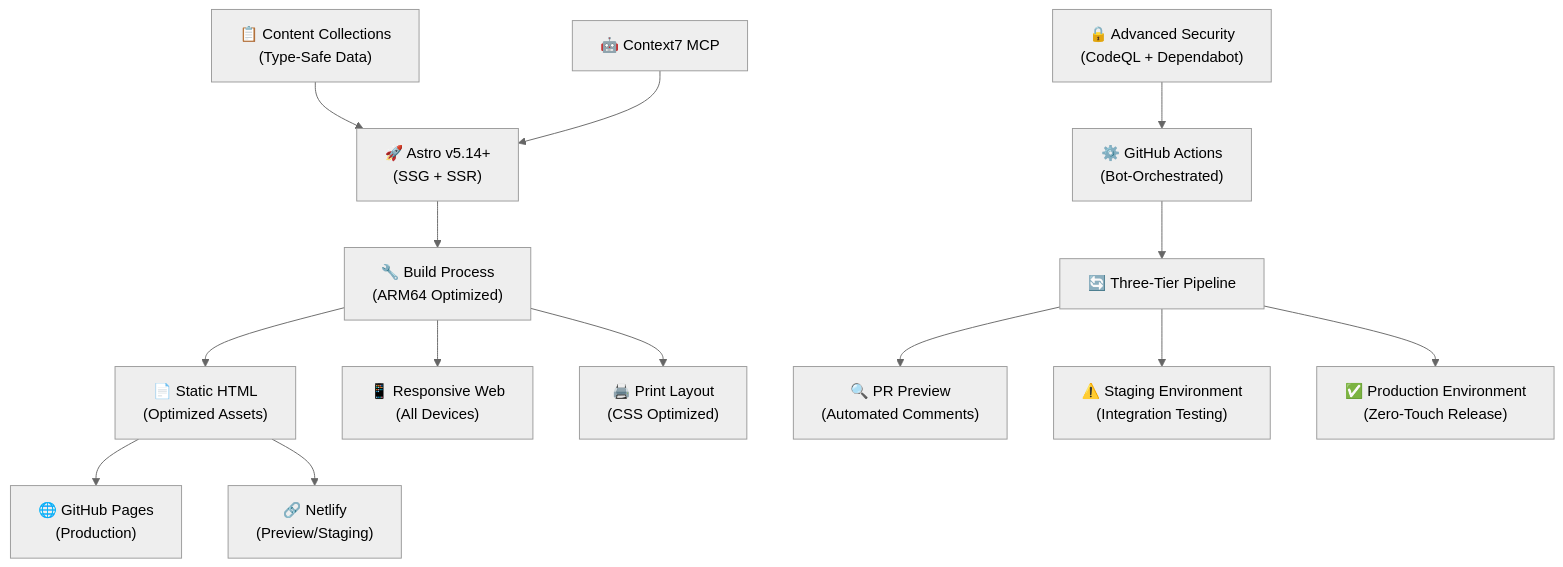
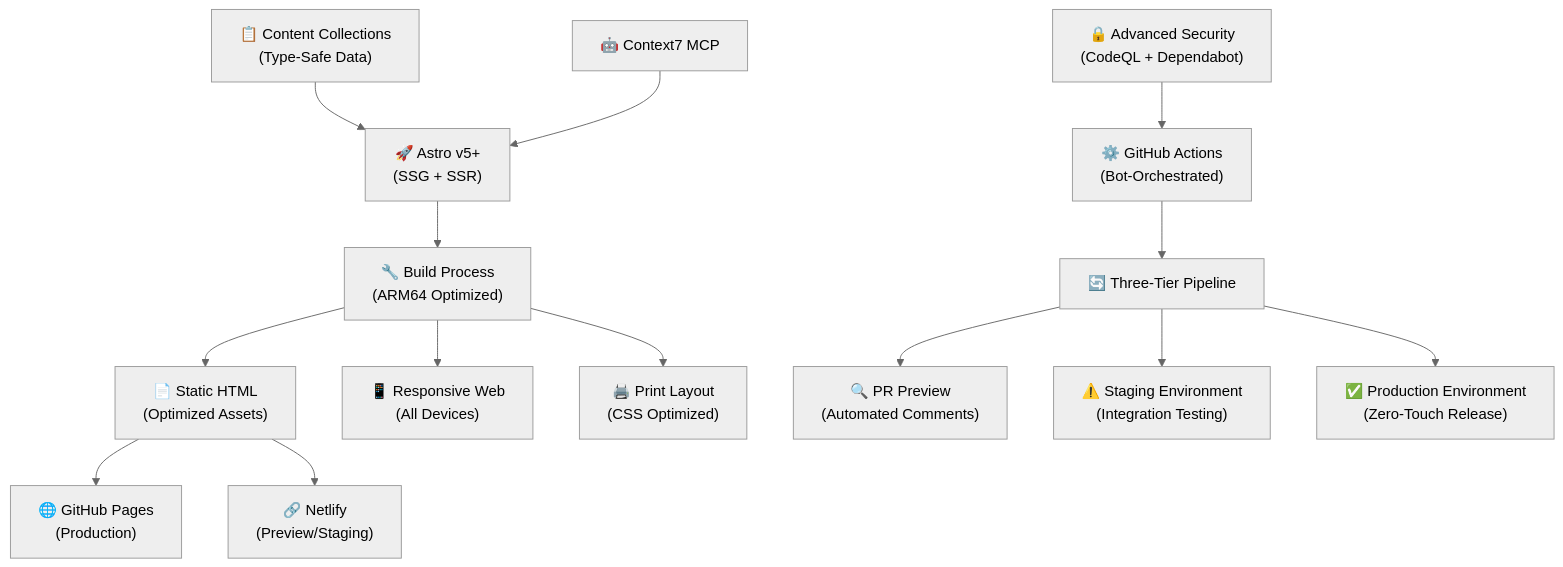
Before and after one commit to rafilkmp3/resume-as-code: the diagram in README.md, drawn with Mermaid (neutral theme). The commit also changed other lines of this file, not shown here.

````diff
--- a/README.md
+++ b/README.md
@@ -107,19 +107,19 @@
 ```mermaid
 graph TB
-    A["📋 Content Collections<br/>(Type-Safe Data)"] --> B["🚀 Astro v5.14+<br/>(SSG + SSR)"] 
+    A["📋 Content Collections<br/>(Type-Safe Data)"] --> B["🚀 Astro v5+<br/>(SSG + SSR)"] 
     B --> C["🔧 Build Process<br/>(ARM64 Optimized)"]
     C --> D["📄 Static HTML<br/>(Optimized Assets)"]
     C --> E["📱 Responsive Web<br/>(All Devices)"]
     C --> F["🖨️ Print Layout<br/>(CSS Optimized)"]
     
     D --> H["🌐 GitHub Pages<br/>(Production)"]
     D --> I["🔗 Netlify<br/>(Preview/Staging)"]
     
     J["⚙️ GitHub Actions<br/>(Bot-Orchestrated)"] --> K["🔄 Three-Tier Pipeline"]
     K --> L["🔍 PR Preview<br/>(Automated Comments)"]
     K --> M["⚠️ Staging Environment<br/>(Integration Testing)"]
     K --> N["✅ Production Environment<br/>(Zero-Touch Release)"]
     
     O["🤖 Context7 MCP"] --> B
     P["🔒 Advanced Security<br/>(CodeQL + Dependabot)"] --> J
 ```
````
